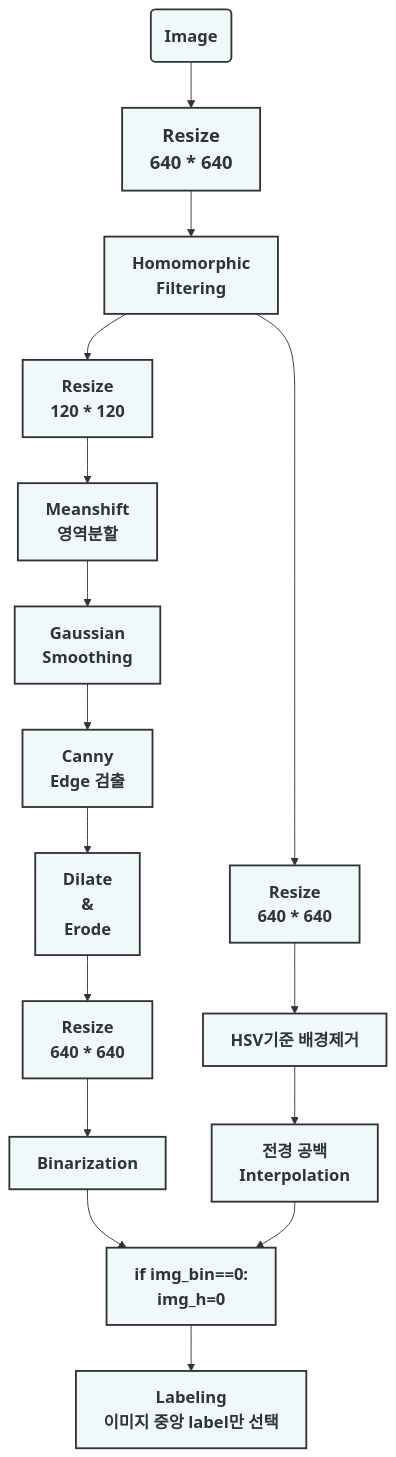
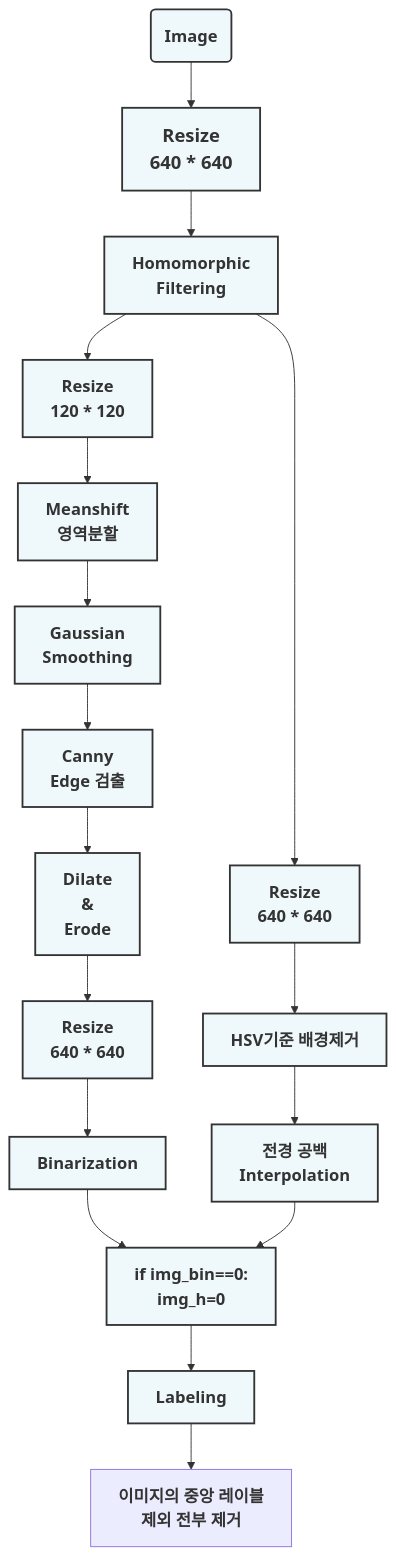
Before and after one commit to 201710808/-p: the second of 2 diagrams in Readme.md, drawn with Mermaid.

````diff
--- a/Readme.md
+++ b/Readme.md
@@ -13,39 +13,40 @@
 ```mermaid
 graph
 A(<b><span style='font-size:18px'>Image</span></b>)-->B[<b><span style='font-size:20px'>Resize<br>640 * 640</span></b>]
 B-->C[<b><span style='font-size:18px'>Homomorphic<br>Filtering</span></b>]
 C-->D1[<b><span style='font-size:18px'>Resize<br>120 * 120</span></b>]
 D1-->E1[<b><span style='font-size:18px'>Meanshift<br>영역분할</span></b>]
 E1-->F1[<b><span style='font-size:18px'>Gaussian<br>Smoothing</span></b>]
 F1-->G[<b><span style='font-size:18px'>Canny<br>Edge 검출</span></b>]
 G-->H[<b><span style='font-size:18px'>Dilate<br>&<br>Erode</span></b>]
 H-->I[<b><span style='font-size:18px'>Resize<br>640 * 640</span></b>]
 I-->J[<b><span style='font-size:18px'>Binarization</span></b>]
 
 C-->D2[<b><span style='font-size:18px'>Resize<br>640 * 640</span></b>]
 D2-->E2[<b><span style='font-size:18px'>HSV기준 배경제거</span></b>]
 E2-->F2[<b><span style='font-size:18px'>전경 공백<br>Interpolation</span></b>]
 
 J-->K
 F2-->K[<b><span style='font-size:18px'>if img_bin==0:<br>img_h=0</span></b>]
-K-->L[<b><span style='font-size:18px'>Labeling<br>이미지 중앙 label만 선택</span></b>]
+K-->L[<b><span style='font-size:18px'>Labeling</span></b>]
+L-->M[<b><span style='font-size:18px'>이미지의 중앙 레이블<br>제외 전부 제거</span></b>]
 
 
 style A fill:#EFF8FB ,stroke:#333,stroke-width:2px
 style B fill:#EFF8FB ,stroke:#333,stroke-width:2px
 style C fill:#EFF8FB ,stroke:#333,stroke-width:2px
 style D1 fill:#EFF8FB ,stroke:#333,stroke-width:2px
 style E1 fill:#EFF8FB ,stroke:#333,stroke-width:2px
 style F1 fill:#EFF8FB ,stroke:#333,stroke-width:2px
 style G fill:#EFF8FB ,stroke:#333,stroke-width:2px
 style H fill:#EFF8FB ,stroke:#333,stroke-width:2px
 style I fill:#EFF8FB ,stroke:#333,stroke-width:2px
 style J fill:#EFF8FB ,stroke:#333,stroke-width:2px
 
 style D2 fill:#EFF8FB ,stroke:#333,stroke-width:2px
 style E2 fill:#EFF8FB ,stroke:#333,stroke-width:2px
 style F2 fill:#EFF8FB ,stroke:#333,stroke-width:2px
 
 style K fill:#EFF8FB ,stroke:#333,stroke-width:2px
 style L fill:#EFF8FB ,stroke:#333,stroke-width:2px
 ```
````
